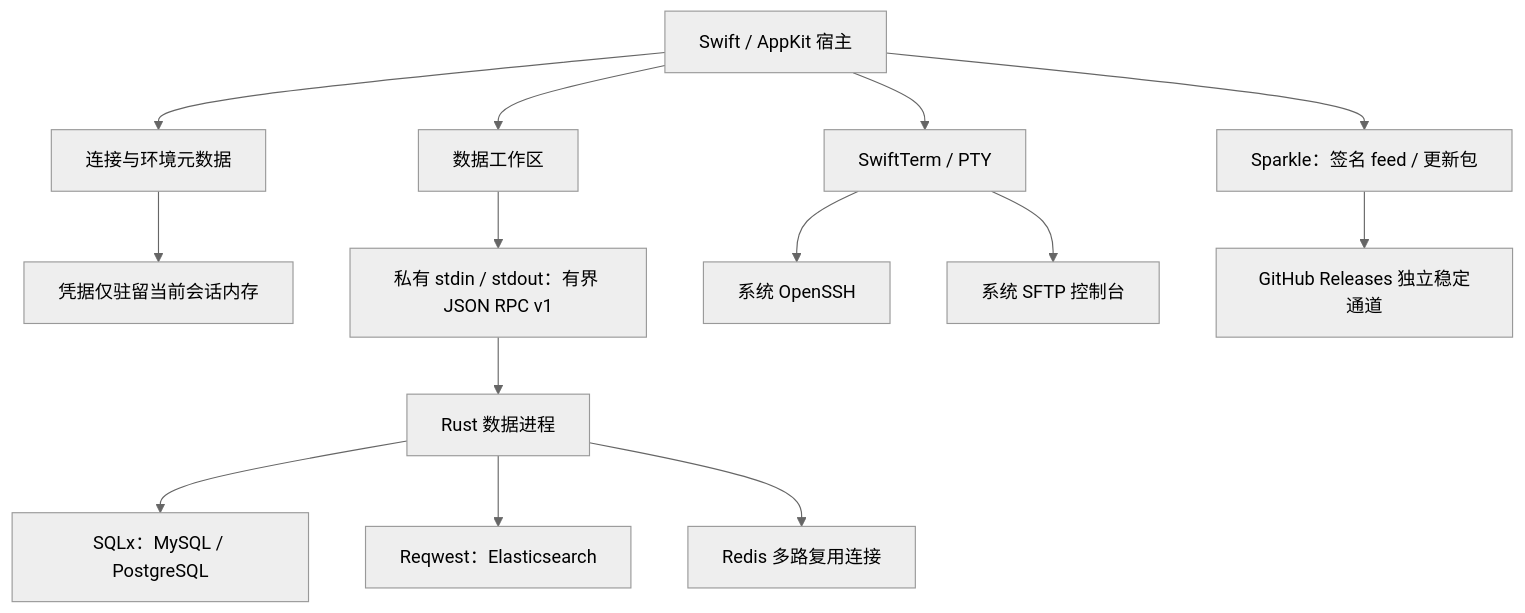
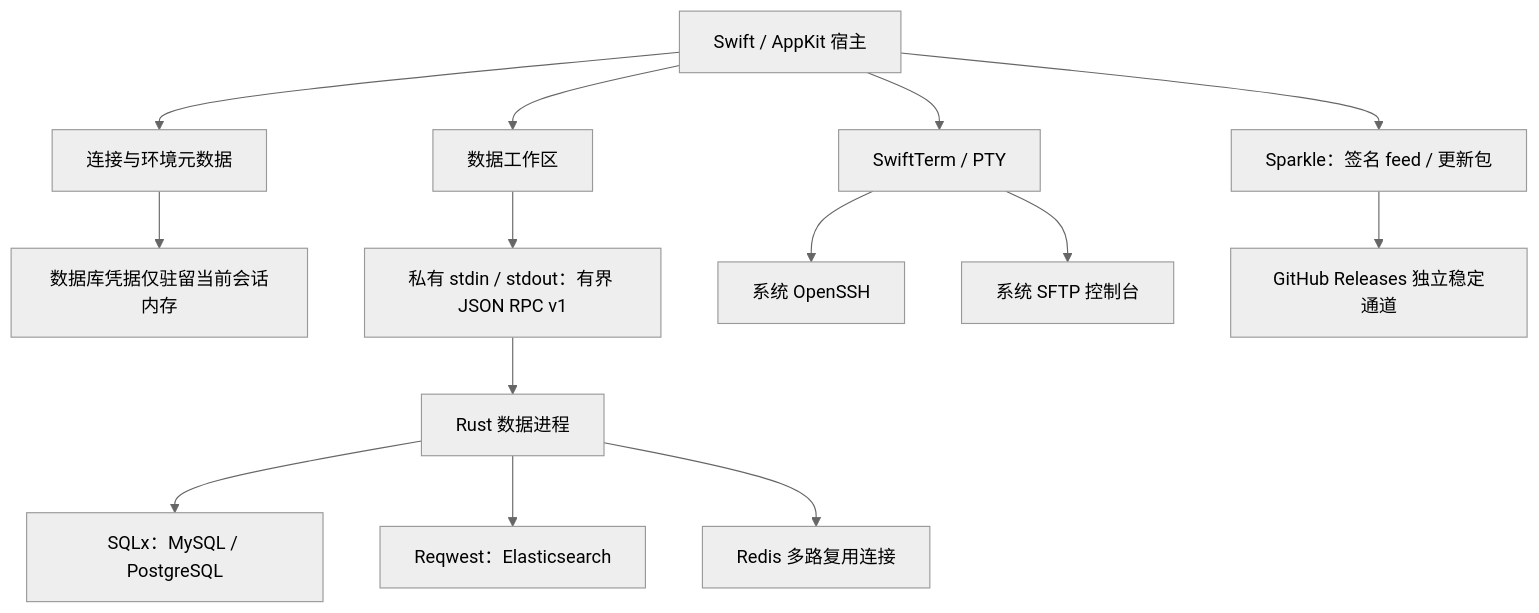
One commit to anjing-le/cs-tool-x changed the diagram in docs/ARCHITECTURE.md. Above: the diagram before and after it, drawn with Mermaid (neutral theme). The commit also changed other lines of this file and 16 other files, not shown here.

````diff
--- a/docs/ARCHITECTURE.md
+++ b/docs/ARCHITECTURE.md
@@ -9,16 +9,16 @@
 ```mermaid
 flowchart TB
     UI[Swift / AppKit 宿主] --> Connections[连接与环境元数据]
-    Connections --> Memory[凭据仅驻留当前会话内存]
+    Connections --> Memory[数据库凭据仅驻留当前会话内存]
     UI --> Data[数据工作区]
     Data --> IPC[私有 stdin / stdout：有界 JSON RPC v1]
     IPC --> Rust[Rust 数据进程]
     Rust --> SQL[SQLx：MySQL / PostgreSQL]
     Rust --> ES[Reqwest：Elasticsearch]
     Rust --> Redis[Redis 多路复用连接]
     UI --> Terminal[SwiftTerm / PTY]
     Terminal --> SSH[系统 OpenSSH]
     Terminal --> SFTP[系统 SFTP 控制台]
     UI --> Sparkle[Sparkle：签名 feed / 更新包]
     Sparkle --> Releases[GitHub Releases 独立稳定通道]
 ```
````
